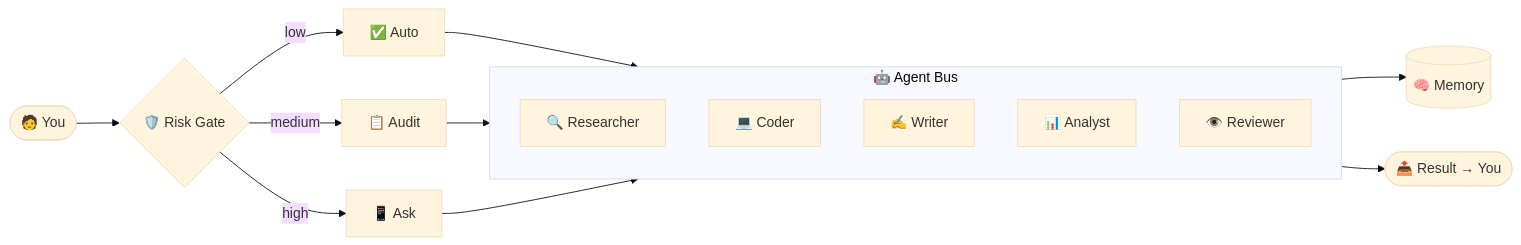
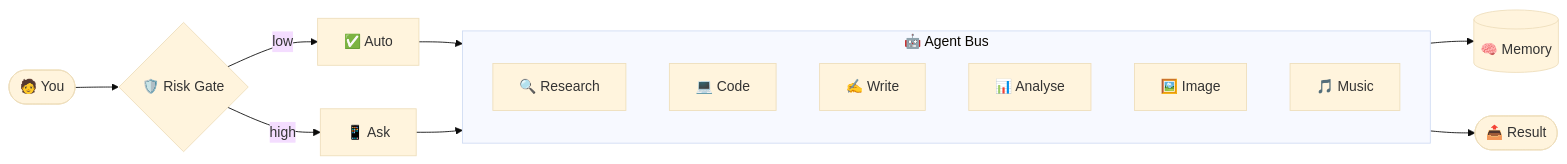
One commit to Omkar0612/nexus-ai changed the diagram in README.md. Above: the diagram before and after it, drawn with Mermaid (base theme). The commit also changed other lines of this file, not shown here.

Commit message:
docs: update README — v1.5 complete, v1.7 scaffolded with image/voice/writing/music

````diff
--- a/README.md
+++ b/README.md
@@ -282,23 +325,13 @@
 ```mermaid
 graph LR
-    YOU([🧑 You]) --> HITL
-
-    HITL{🛡️ Risk Gate}
+    YOU([🧑 You]) --> HITL{🛡️ Risk Gate}
     HITL -->|low| AUTO[✅ Auto]
-    HITL -->|medium| AUDIT[📋 Audit]
     HITL -->|high| ASK[📱 Ask]
-
-    AUTO & AUDIT & ASK --> BUS
-
+    AUTO & ASK --> BUS
     subgraph BUS["🤖 Agent Bus"]
-        direction TB
-        R[🔍 Researcher]
-        C[💻 Coder]
-        W[✍️ Writer]
-        A[📊 Analyst]
-        V[👁️ Reviewer]
+        R[🔍 Research] & C[💻 Code] & W[✍️ Write]
+        A[📊 Analyse] & I[🖼️ Image] & M[🎵 Music]
     end
-
     BUS --> MEM[(🧠 Memory)]
-    BUS --> OUT([📤 Result → You])
+    BUS --> OUT([📤 Result])
 ```
````
